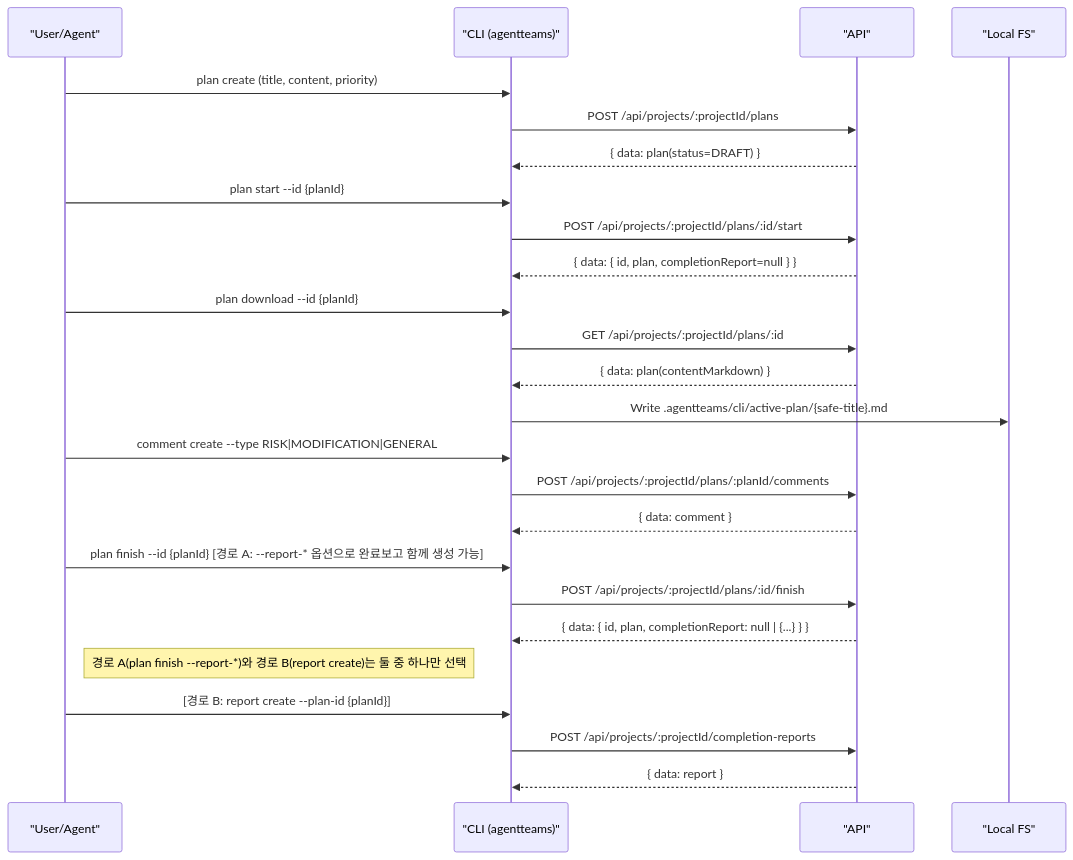
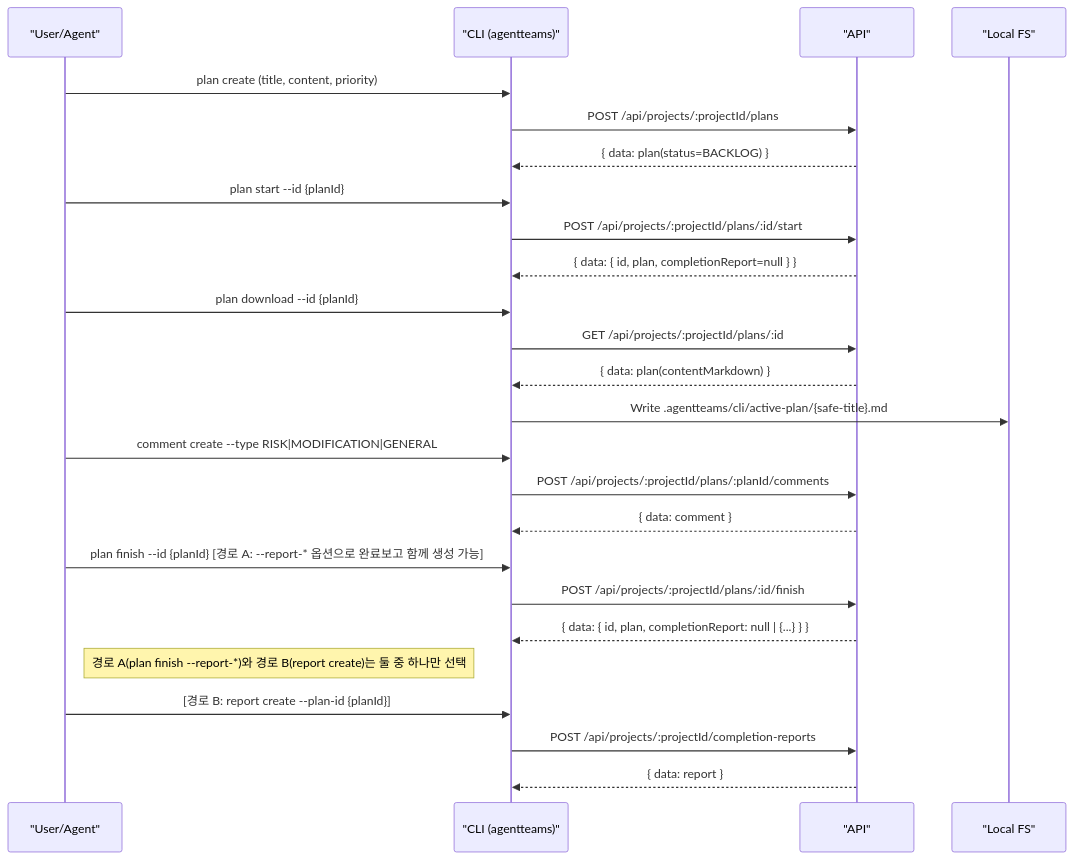
One commit to AgentTeamsRun/cli changed the second of 5 diagrams in API-CLI-WORKFLOW.md. Above: the diagram before and after it, drawn with Mermaid. The commit also changed other lines of this file and 5 other files, not shown here.

First line of the commit message:
refactor: 플랜 상태 용어 변경 DRAFT→BACKLOG, PENDING→TODO (#479)

````diff
--- a/API-CLI-WORKFLOW.md
+++ b/API-CLI-WORKFLOW.md
@@ -222,32 +222,32 @@
 ```mermaid
 sequenceDiagram
   participant U as "User/Agent"
   participant CLI as "CLI (agentteams)"
   participant API as "API"
   participant FS as "Local FS"
 
   U->>CLI: plan create (title, content, priority)
   CLI->>API: POST /api/projects/:projectId/plans
-  API-->>CLI: { data: plan(status=DRAFT) }
+  API-->>CLI: { data: plan(status=BACKLOG) }
 
   U->>CLI: plan start --id {planId}
   CLI->>API: POST /api/projects/:projectId/plans/:id/start
   API-->>CLI: { data: { id, plan, completionReport=null } }
 
   U->>CLI: plan download --id {planId}
   CLI->>API: GET /api/projects/:projectId/plans/:id
   API-->>CLI: { data: plan(contentMarkdown) }
   CLI->>FS: Write .agentteams/cli/active-plan/{safe-title}.md
 
   U->>CLI: comment create --type RISK|MODIFICATION|GENERAL
   CLI->>API: POST /api/projects/:projectId/plans/:planId/comments
   API-->>CLI: { data: comment }
 
   U->>CLI: plan finish --id {planId} [경로 A: --report-* 옵션으로 완료보고 함께 생성 가능]
   CLI->>API: POST /api/projects/:projectId/plans/:id/finish
   API-->>CLI: { data: { id, plan, completionReport: null | {...} } }
   Note right of U: 경로 A(plan finish --report-*)와 경로 B(report create)는 둘 중 하나만 선택
   U->>CLI: [경로 B: report create --plan-id {planId}]
   CLI->>API: POST /api/projects/:projectId/completion-reports
   API-->>CLI: { data: report }
 ```
````
